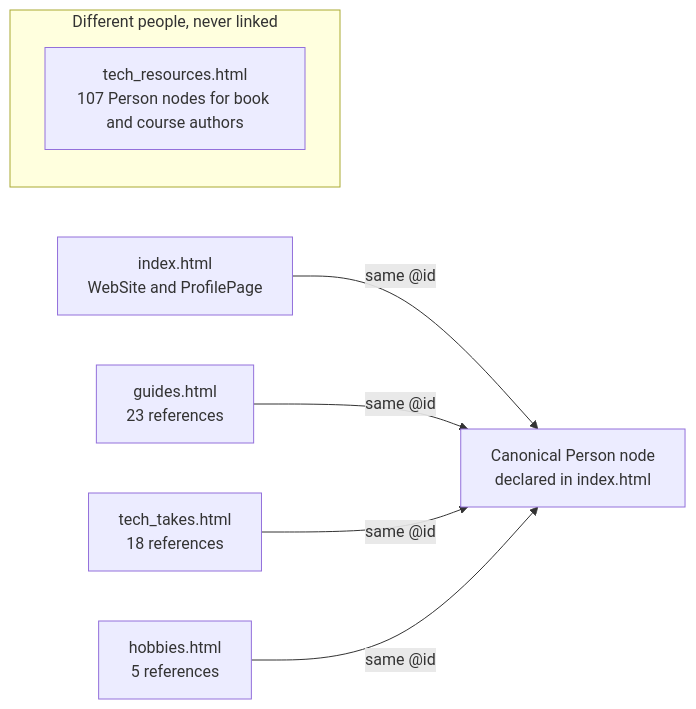
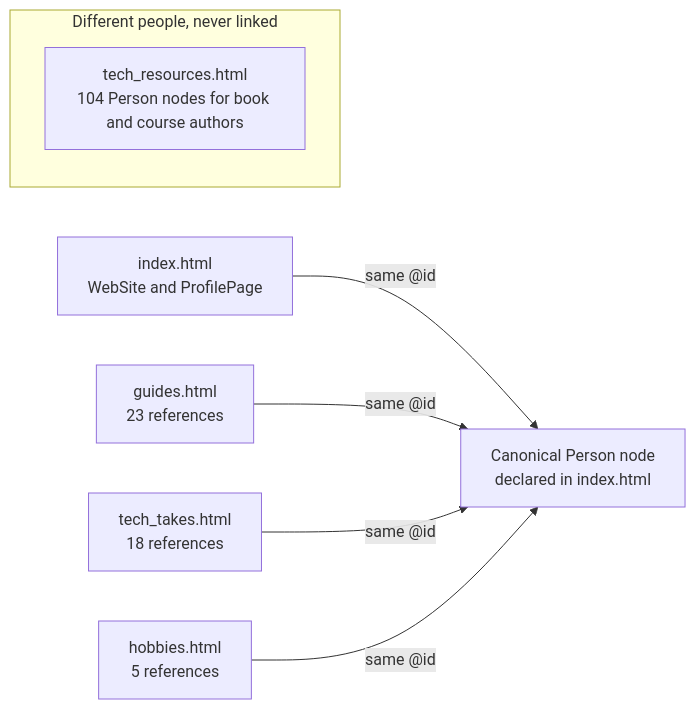
One commit to ColbyMainard/ColbyMainard.github.io changed diagram 12 of 13 in assets/markdown/architecture.md. Above: the diagram before and after it, drawn with Mermaid. The commit also changed 19 other files, not shown here.

````diff
--- a/assets/markdown/architecture.md
+++ b/assets/markdown/architecture.md
@@ -569,11 +569,11 @@
 ```mermaid
 flowchart LR
     PERSON["Canonical Person node<br/>declared in index.html"]
     IDX["index.html<br/>WebSite and ProfilePage"] -->|"same @id"| PERSON
     G["guides.html<br/>23 references"] -->|"same @id"| PERSON
     T["tech_takes.html<br/>18 references"] -->|"same @id"| PERSON
     H["hobbies.html<br/>5 references"] -->|"same @id"| PERSON
     subgraph OTHERS["Different people, never linked"]
-        R["tech_resources.html<br/>107 Person nodes for book and course authors"]
+        R["tech_resources.html<br/>104 Person nodes for book and course authors"]
     end
 ```
````
